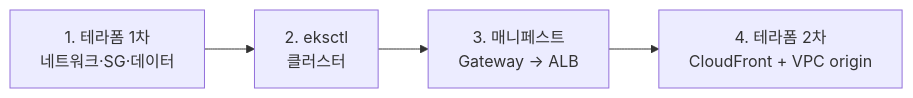
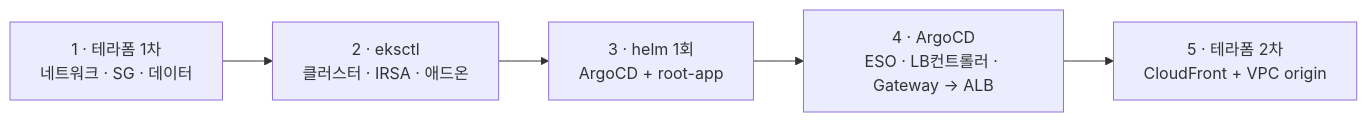
Before and after one commit to kjbddo/bitcomputer-emr: the seventh of 7 diagrams in Docs/11-target-architecture.md, drawn with Mermaid. The commit also changed other lines of this file, not shown here.

First line of the commit message:
docs: 사이징·시크릿·ArgoCD 부트스트랩을 확정한다

````diff
--- a/Docs/11-target-architecture.md
+++ b/Docs/11-target-architecture.md
@@ -569,6 +662,7 @@
 ```mermaid
 flowchart LR
-  P1["1. 테라폼 1차<br/>네트워크·SG·데이터"] --> P2["2. eksctl<br/>클러스터"]
-  P2 --> P3["3. 매니페스트<br/>Gateway → ALB"]
-  P3 --> P4["4. 테라폼 2차<br/>CloudFront + VPC origin"]
+  P1["1 · 테라폼 1차<br/>네트워크 · SG · 데이터"] --> P2["2 · eksctl<br/>클러스터 · IRSA · 애드온"]
+  P2 --> P3["3 · helm 1회<br/>ArgoCD + root-app"]
+  P3 --> P4["4 · ArgoCD<br/>ESO · LB컨트롤러 · Gateway → ALB"]
+  P4 --> P5["5 · 테라폼 2차<br/>CloudFront + VPC origin"]
 ```
````
